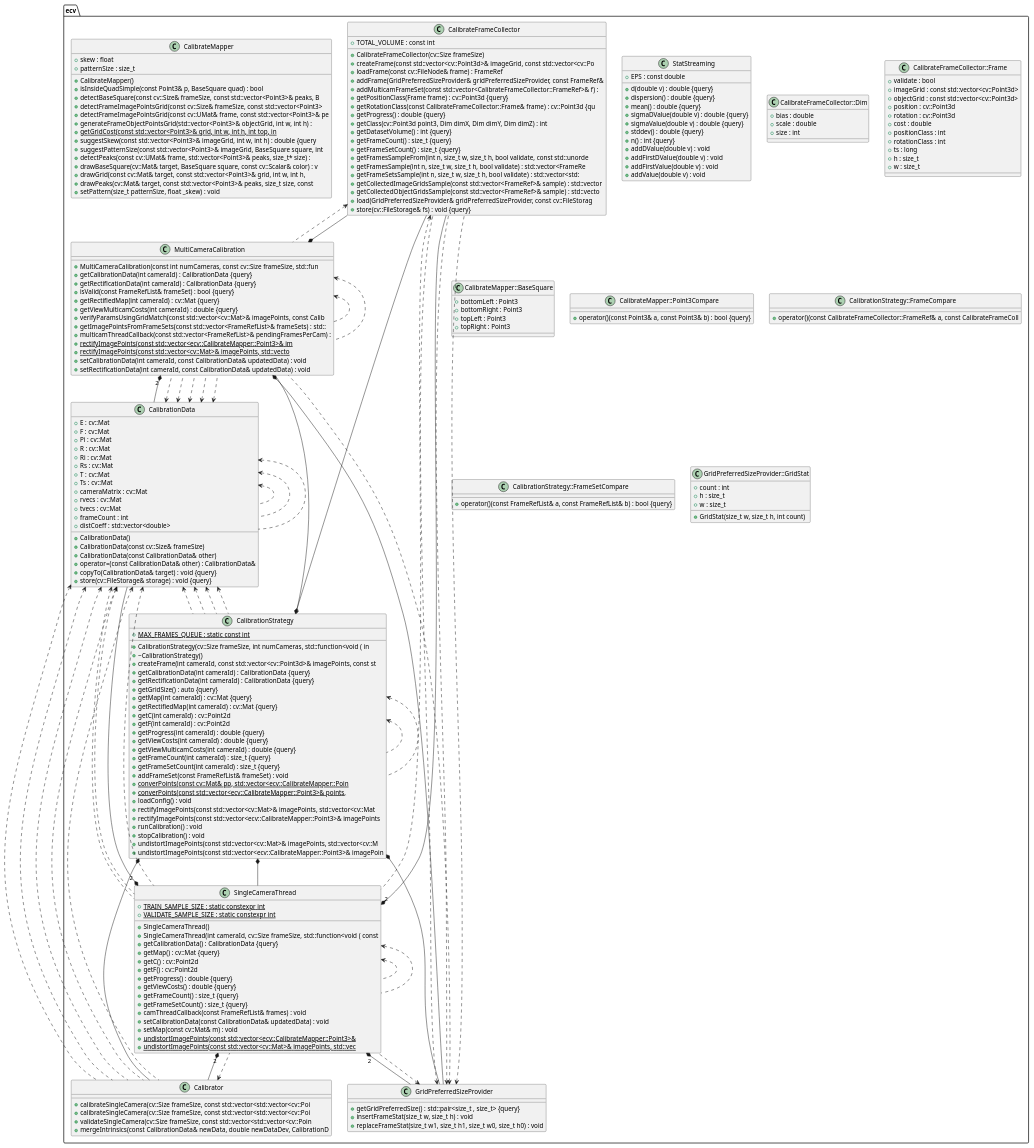
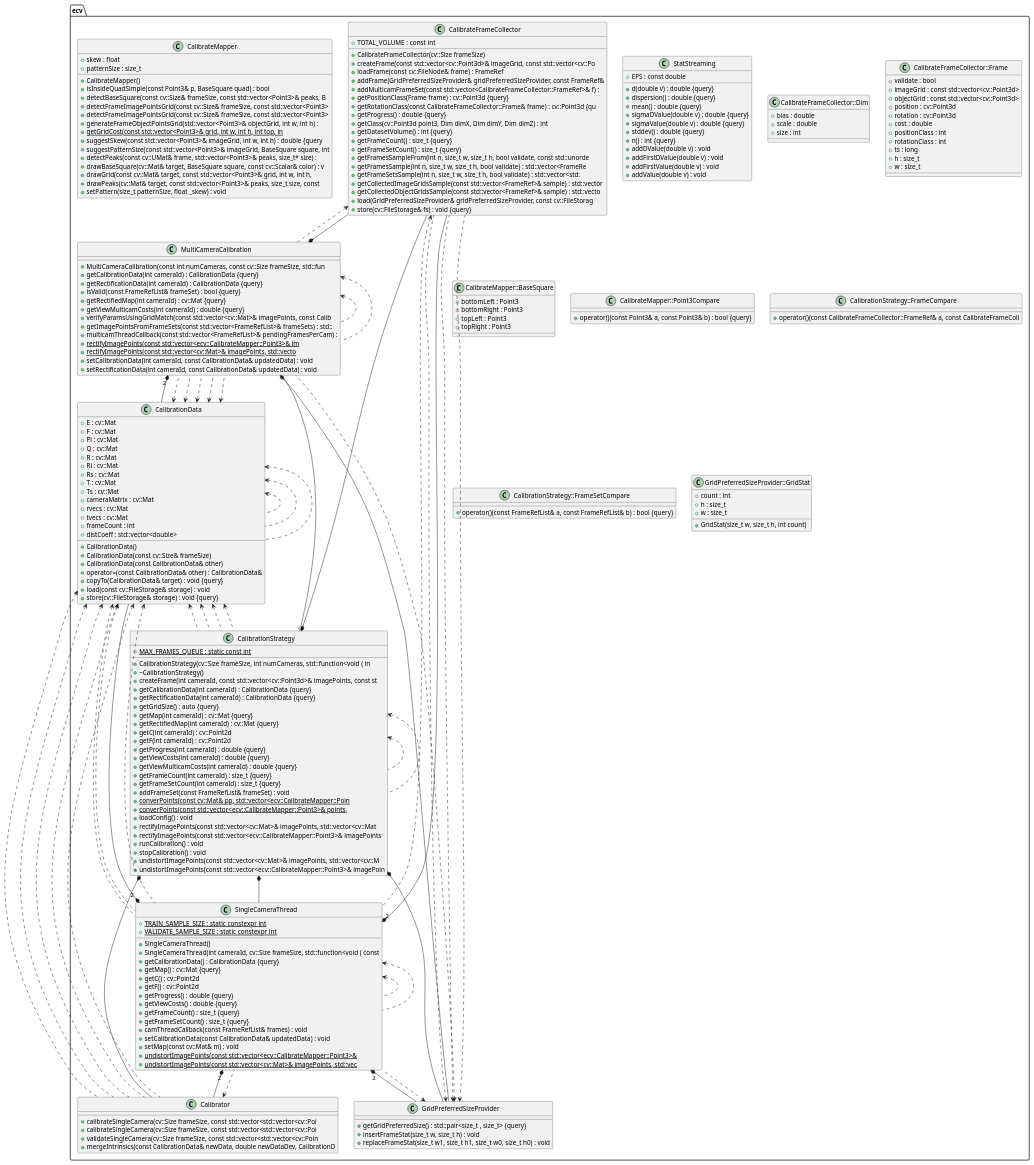
The diagram in classes_calibrator.puml (dimarick/embedded_cv), drawn with PlantUML before and after one commit. The commit also changed 6 other files, not shown here.

Commit message:
Перегенировал UML диаграммы классов

```diff
--- a/classes_calibrator.puml
+++ b/classes_calibrator.puml
@@ -28,7 +28,7 @@
 		+isInsideQuadSimple(const Point3& p, BaseSquare quad) : bool
 		+detectBaseSquare(const cv::Size& frameSize, const std::vector<Point3>& peaks, B
 		+detectFrameImagePointsGrid(const cv::Size& frameSize, const std::vector<Point3>
-		+detectFrameImagePointsGrid(const cv::UMat& frame, const std::vector<Point3>& pe
+		+detectFrameImagePointsGrid(const cv::Size& frameSize, const std::vector<Point3>
 		+generateFrameObjectPointsGrid(std::vector<Point3>& objectGrid, int w, int h) : 
 		+{static} getGridCost(const std::vector<Point3>& grid, int w, int h, int top, in
 		+suggestSkew(const std::vector<Point3>& imageGrid, int w, int h) : double {query
@@ -163,6 +163,7 @@
 		+E : cv::Mat
 		+F : cv::Mat
 		+Pi : cv::Mat
+		+Q : cv::Mat
 		+R : cv::Mat
 		+Ri : cv::Mat
 		+Rs : cv::Mat
@@ -174,6 +175,7 @@
 		+frameCount : int
 		+distCoeff : std::vector<double>
 		+copyTo(CalibrationData& target) : void {query}
+		+load(const cv::FileStorage& storage) : void
 		+store(cv::FileStorage& storage) : void {query}
 	}
 	class CalibrationStrategy::FrameCompare {
```
